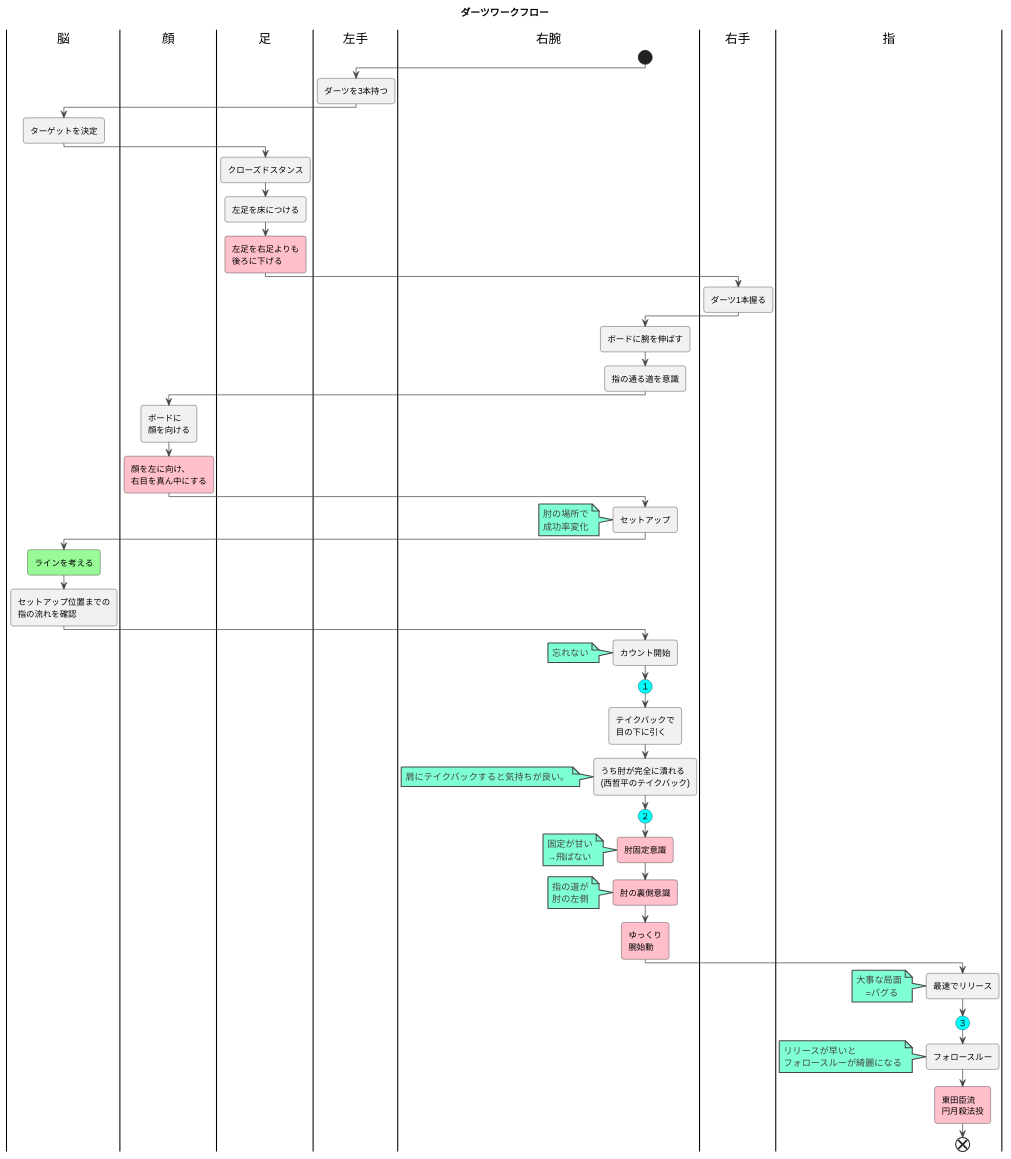
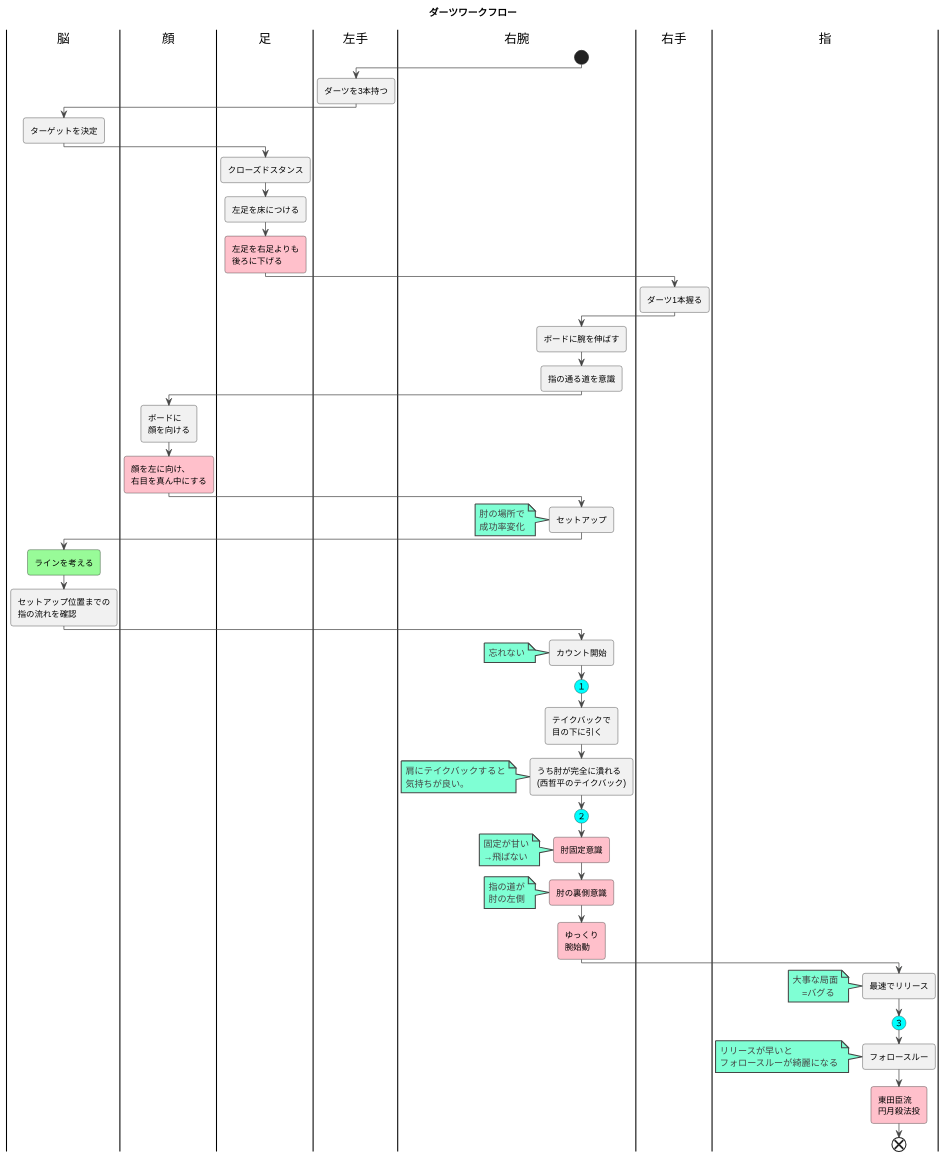
The diagram in dartsFlow.plantuml (darts-cloud/dartsFlow), drawn with PlantUML before and after one commit.

Commit message:
dartsFlow.plantuml を更新

```diff
--- a/dartsFlow.plantuml
+++ b/dartsFlow.plantuml
@@ -1,120 +1,121 @@
 @startuml
 title ダーツワークフロー
 
 
 
 !theme vibrant
 
 |脳|
 |顔|
 |足|
 |左手|
 |右腕|
 start
 |左手|
 :ダーツを3本持つ;
 |脳|
 :ターゲットを決定;
 |足|
 :クローズドスタンス;
 :左足を床につける;
 #pink:左足を右足よりも
 後ろに下げる;
 |右手|
 :ダーツ1本握る;
 |右腕|
 :ボードに腕を伸ばす;
 
 /'
 ################
 ##pink:腕を一番右側
 #まで伸ばす;
 ################
 '/
 :指の通る道を意識;
 |顔|
 :ボードに
 顔を向ける;
 #pink:顔を左に向け、
 右目を真ん中にする;
 |右腕|
 :セットアップ;
 /'
 ################
 ':60°ぐらいに構える;
 ################
 '/
 note
 肘の場所で
 成功率変化
 end note
 |脳|
 
 #palegreen:ラインを考える;
 
 :セットアップ位置までの
 指の流れを確認;
 
 |右腕|
 :カウント開始;
 
 note
     忘れない
 end note
 
 
 #Aqua:(１)
 
 
 :テイクバックで
 目の下に引く;
 
 :うち肘が完全に潰れる
 (西哲平のテイクバック);
 
 note
-    肩にテイクバックすると気持ちが良い。
+    肩にテイクバックすると
+    気持ちが良い。
 end note
 
 #Aqua:(２)
 
 
 #pink:肘固定意識;
 
 note
     固定が甘い
     →飛ばない
 end note
 
 #pink:肘の裏側意識;
 
 note
     指の道が
     肘の左側
 end note
 
 |右腕|
 #pink:ゆっくり
 腕始動;
 |指|
 :最速でリリース;
 note
     大事な局面
         =バグる 
 end note
 
 
 #Aqua:(３)
 
 
 :フォロースルー;
 
 note
   リリースが早いと
   フォロースルーが綺麗になる
 end note
 #pink:東田臣流
 円月殺法投;
 end 
 
 @enduml
```
